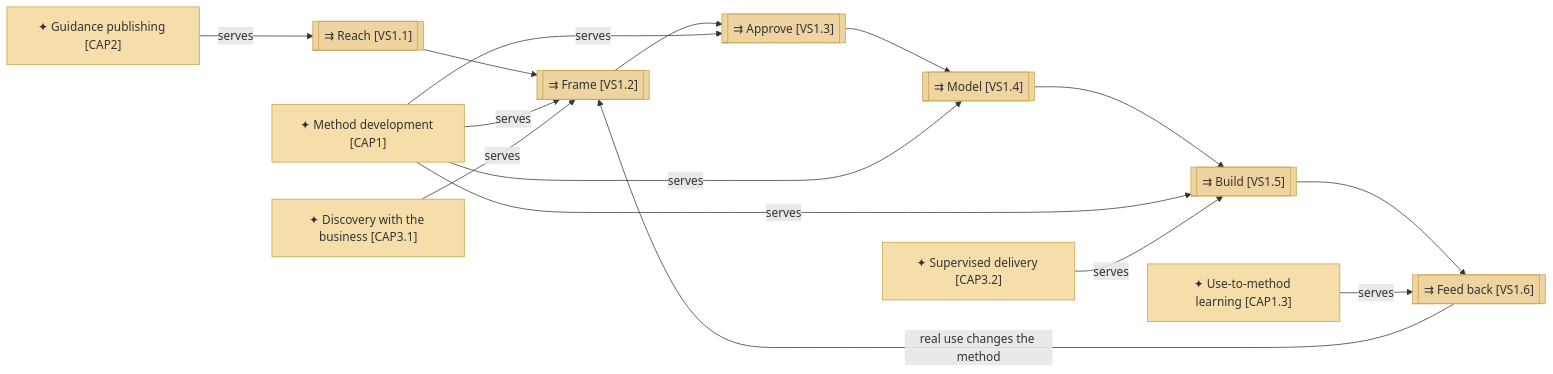
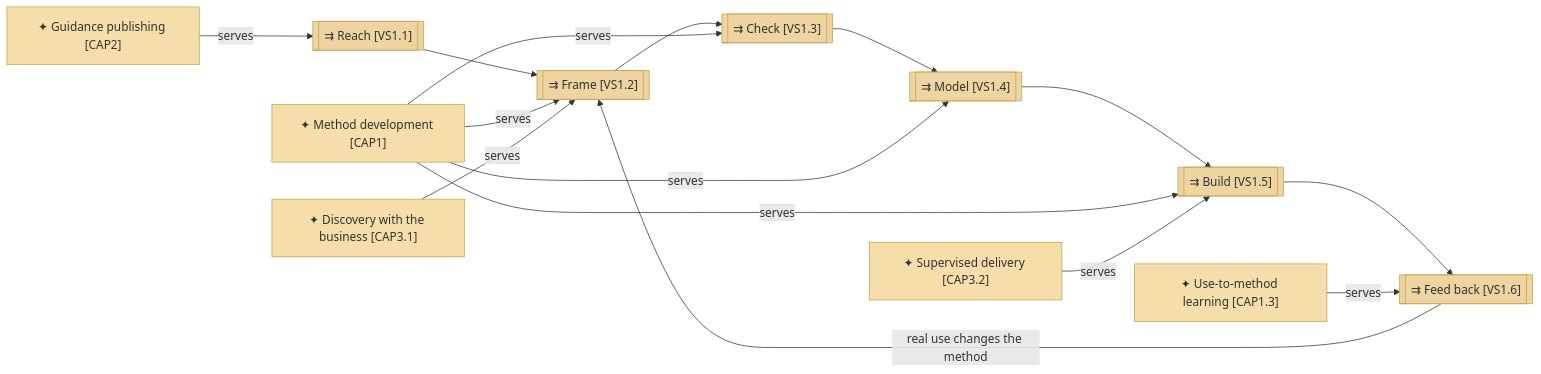
The fourth of 4 diagrams in org-archreator/architecture/1_strategy/2_capabilities-and-value-stream.md (roanboc/architecture-archreator), drawn with Mermaid before and after one commit. The commit also changed other lines of this file and 18 other files, not shown here.

````diff
--- a/org-archreator/architecture/1_strategy/2_capabilities-and-value-stream.md
+++ b/org-archreator/architecture/1_strategy/2_capabilities-and-value-stream.md
@@ -152,30 +152,30 @@
 ```mermaid
 flowchart LR
   vs1[["⇉ Reach [VS1.1]"]]:::vsx
   vs2[["⇉ Frame [VS1.2]"]]:::vsx
-  vs3[["⇉ Approve [VS1.3]"]]:::vsx
+  vs3[["⇉ Check [VS1.3]"]]:::vsx
   vs4[["⇉ Model [VS1.4]"]]:::vsx
   vs5[["⇉ Build [VS1.5]"]]:::vsx
   vs6[["⇉ Feed back [VS1.6]"]]:::vsx
 
   vs1 --> vs2 --> vs3 --> vs4 --> vs5 --> vs6
   vs6 -->|real use changes the method| vs2
 
   cap2["✦ Guidance publishing [CAP2]"]:::capability
   cap1["✦ Method development [CAP1]"]:::capability
   cap31["✦ Discovery with the business [CAP3.1]"]:::capability
   cap32["✦ Supervised delivery [CAP3.2]"]:::capability
   cap13["✦ Use-to-method learning [CAP1.3]"]:::capability
 
   cap2 -->|serves| vs1
   cap1 -->|serves| vs2
   cap1 -->|serves| vs3
   cap1 -->|serves| vs4
   cap1 -->|serves| vs5
   cap31 -->|serves| vs2
   cap32 -->|serves| vs5
   cap13 -->|serves| vs6
 
   classDef vsx fill:#eed4a0,stroke:#c8a24a,color:#333
   classDef capability fill:#f5deaa,stroke:#c8a24a,color:#333
 ```
````
